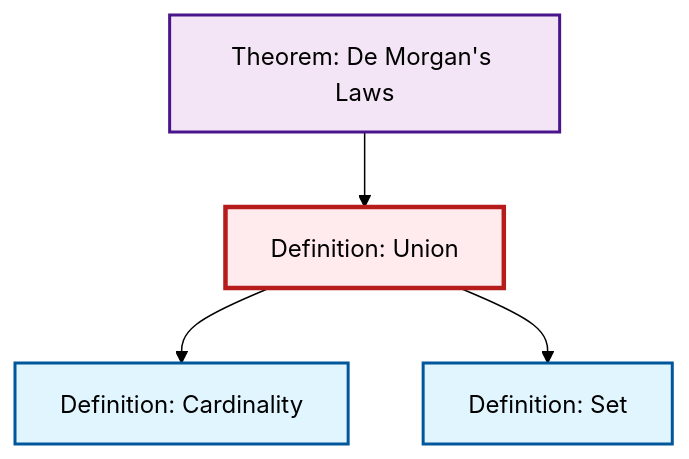
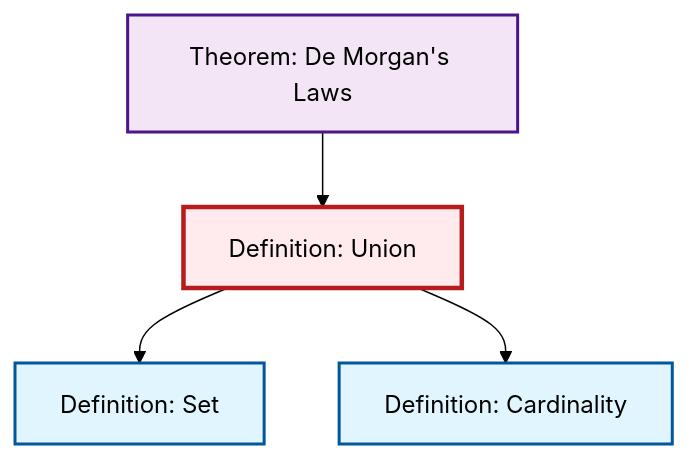
Before and after one commit to RK0429/ModernMath: the diagram in content/ja/logic-set-theory/def-union.qmd, drawn with Mermaid (forest theme). The commit also changed other lines of this file and 619 other files, not shown here.

````diff
--- a/content/ja/logic-set-theory/def-union.qmd
+++ b/content/ja/logic-set-theory/def-union.qmd
@@ -55,20 +55,20 @@
 ```{mermaid}
 %%| fig-cap: "Local dependency graph"
 graph TD
     classDef definition fill:#e1f5fe,stroke:#01579b,stroke-width:2px
     classDef theorem fill:#f3e5f5,stroke:#4a148c,stroke-width:2px
     classDef axiom fill:#fff3e0,stroke:#e65100,stroke-width:2px
     classDef example fill:#e8f5e9,stroke:#1b5e20,stroke-width:2px
     classDef current fill:#ffebee,stroke:#b71c1c,stroke-width:3px
     def-union["Definition: Union"]:::definition
+    thm-de-morgan["Theorem: De Morgan's Laws"]:::theorem
     def-cardinality["Definition: Cardinality"]:::definition
     def-set["Definition: Set"]:::definition
-    thm-de-morgan["Theorem: De Morgan's Laws"]:::theorem
+    def-union --> def-set
     thm-de-morgan --> def-union
     def-union --> def-cardinality
-    def-union --> def-set
     class def-union current
+    click thm-de-morgan "thm-de-morgan.html" "Theorem: De Morgan's Lawsへ"
     click def-cardinality "def-cardinality.html" "Definition: Cardinalityへ"
     click def-set "def-set.html" "Definition: Setへ"
-    click thm-de-morgan "thm-de-morgan.html" "Theorem: De Morgan's Lawsへ"
 ```
````
